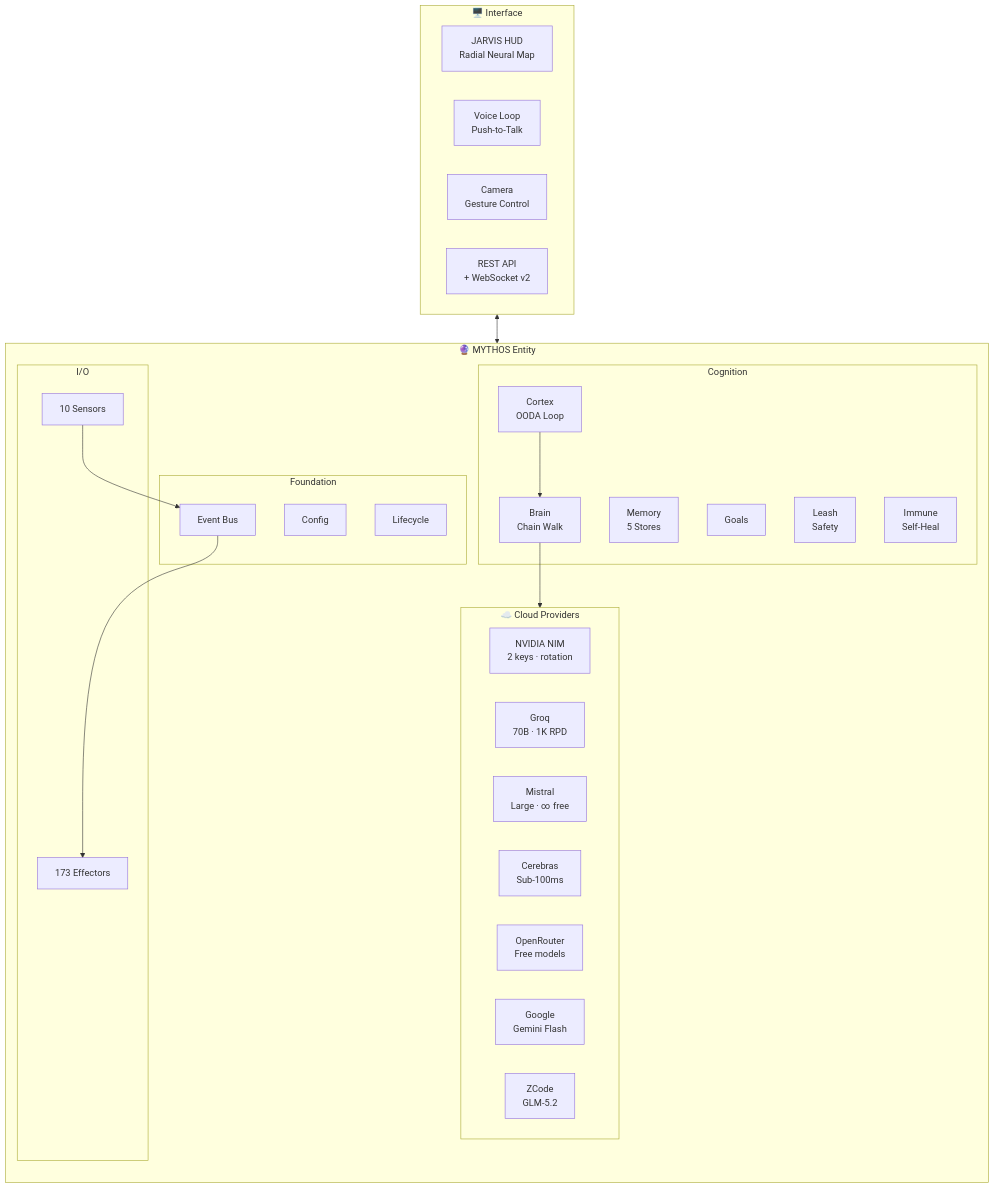
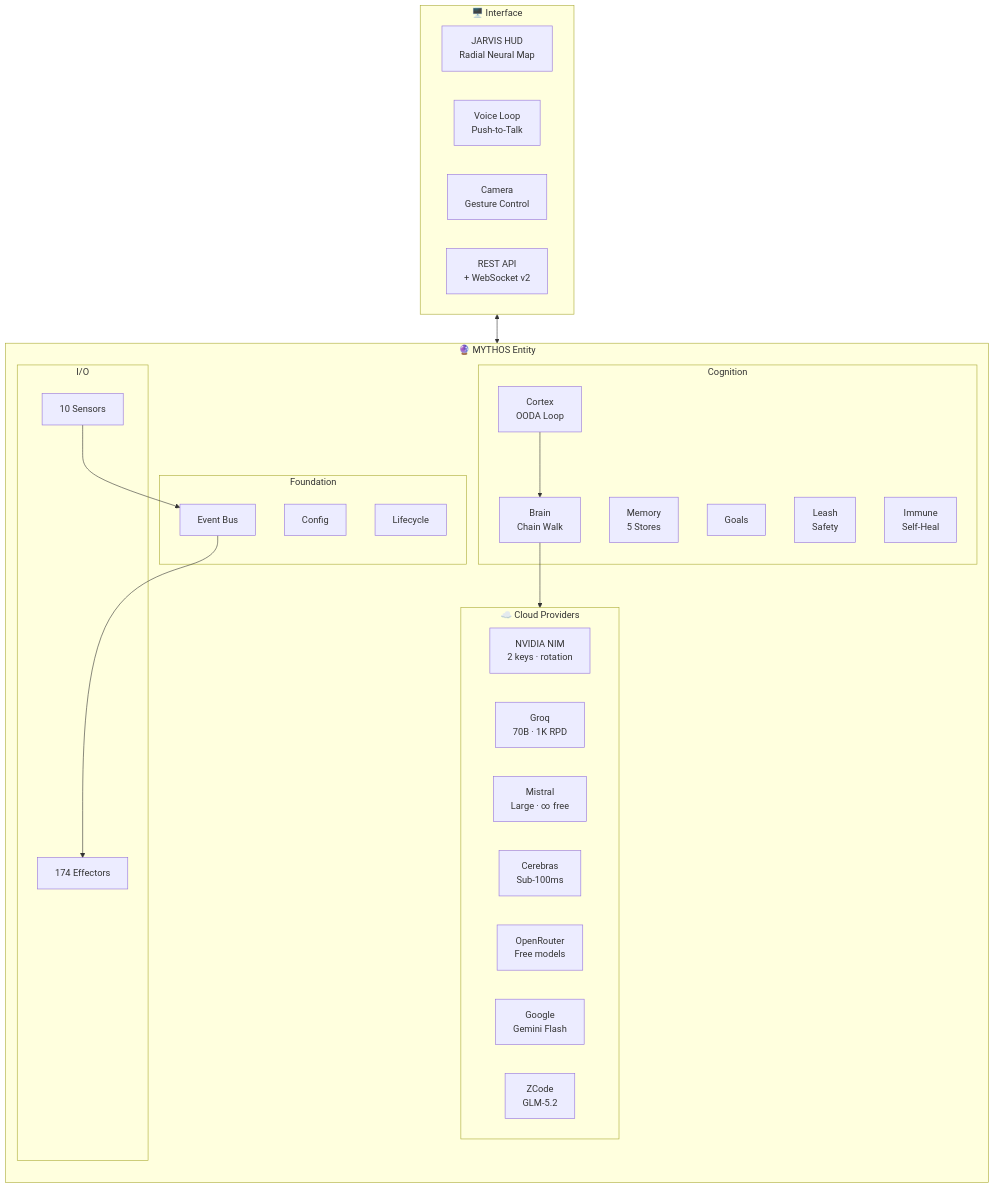
The first of 11 diagrams in README.md (HailLucifer666/Agent_OS), drawn with Mermaid before and after one commit. The commit also changed other lines of this file and 26 other files, not shown here.

````diff
--- a/README.md
+++ b/README.md
@@ -48,45 +48,45 @@
 ```mermaid
 flowchart TB
     subgraph Cloud["☁️ Cloud Providers"]
         direction LR
         NIM["NVIDIA NIM<br/>2 keys · rotation"]
         GQ["Groq<br/>70B · 1K RPD"]
         MI["Mistral<br/>Large · ∞ free"]
         CE["Cerebras<br/>Sub-100ms"]
         OR["OpenRouter<br/>Free models"]
         GOOG["Google<br/>Gemini Flash"]
         ZC["ZCode<br/>GLM-5.2"]
     end
 
     subgraph MYTHOS["🔮 MYTHOS Entity"]
         direction TB
         subgraph Foundation["Foundation"]
             CFG["Config"]
             BUS["Event Bus"]
             LIFE["Lifecycle"]
         end
         subgraph Cognition["Cognition"]
             CORT["Cortex<br/>OODA Loop"]
             BRN["Brain<br/>Chain Walk"]
             MEM["Memory<br/>5 Stores"]
             GOAL["Goals"]
             LEASH["Leash<br/>Safety"]
             IMM["Immune<br/>Self-Heal"]
         end
         subgraph IOLayer["I/O"]
             SENS["10 Sensors"]
-            EFF["173 Effectors"]
+            EFF["174 Effectors"]
         end
         CORT --> BRN --> Cloud
         SENS --> BUS --> EFF
     end
 
     subgraph Interface["🖥️ Interface"]
         HUD["JARVIS HUD<br/>Radial Neural Map"]
         VOICE["Voice Loop<br/>Push-to-Talk"]
         CAM["Camera<br/>Gesture Control"]
         API["REST API<br/>+ WebSocket v2"]
     end
 
     Interface <--> MYTHOS
 ```
````
